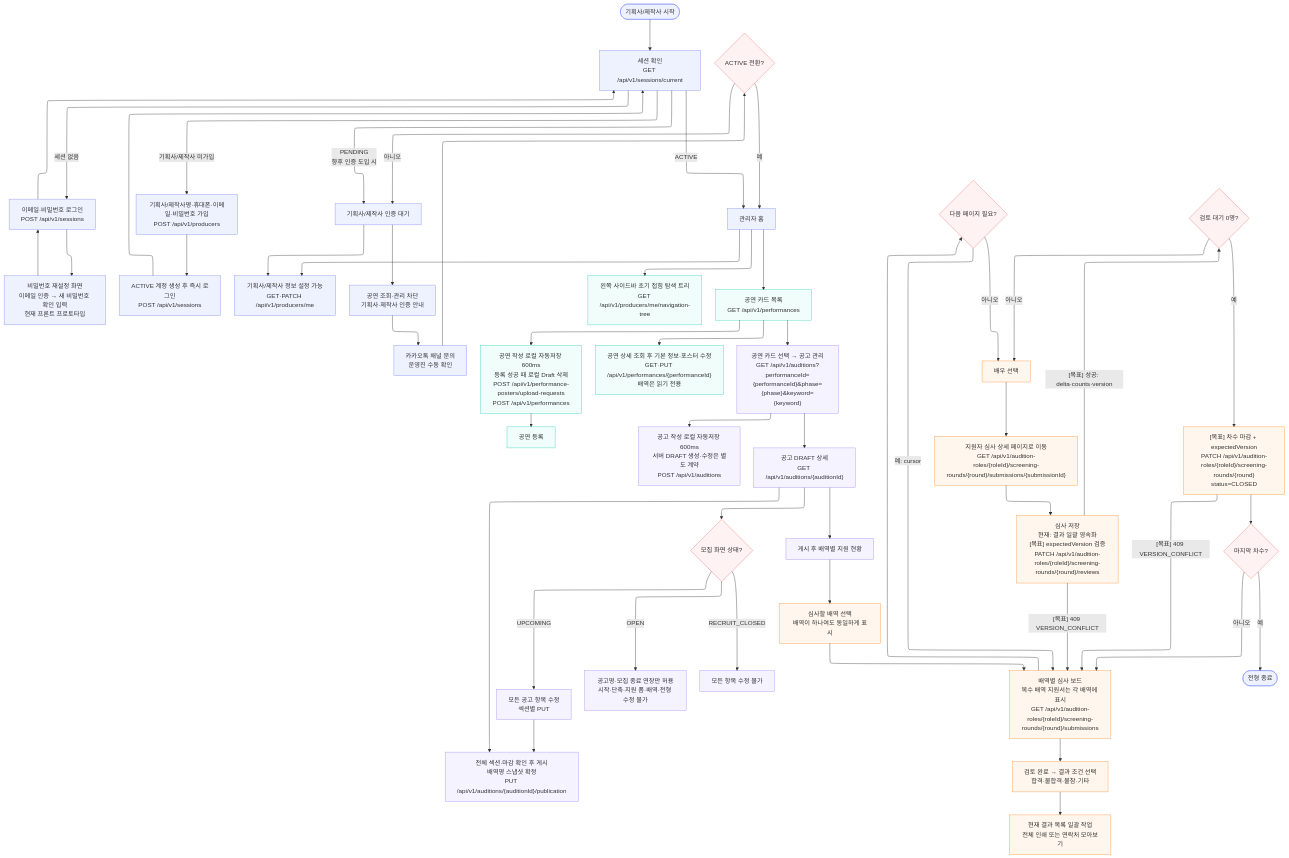
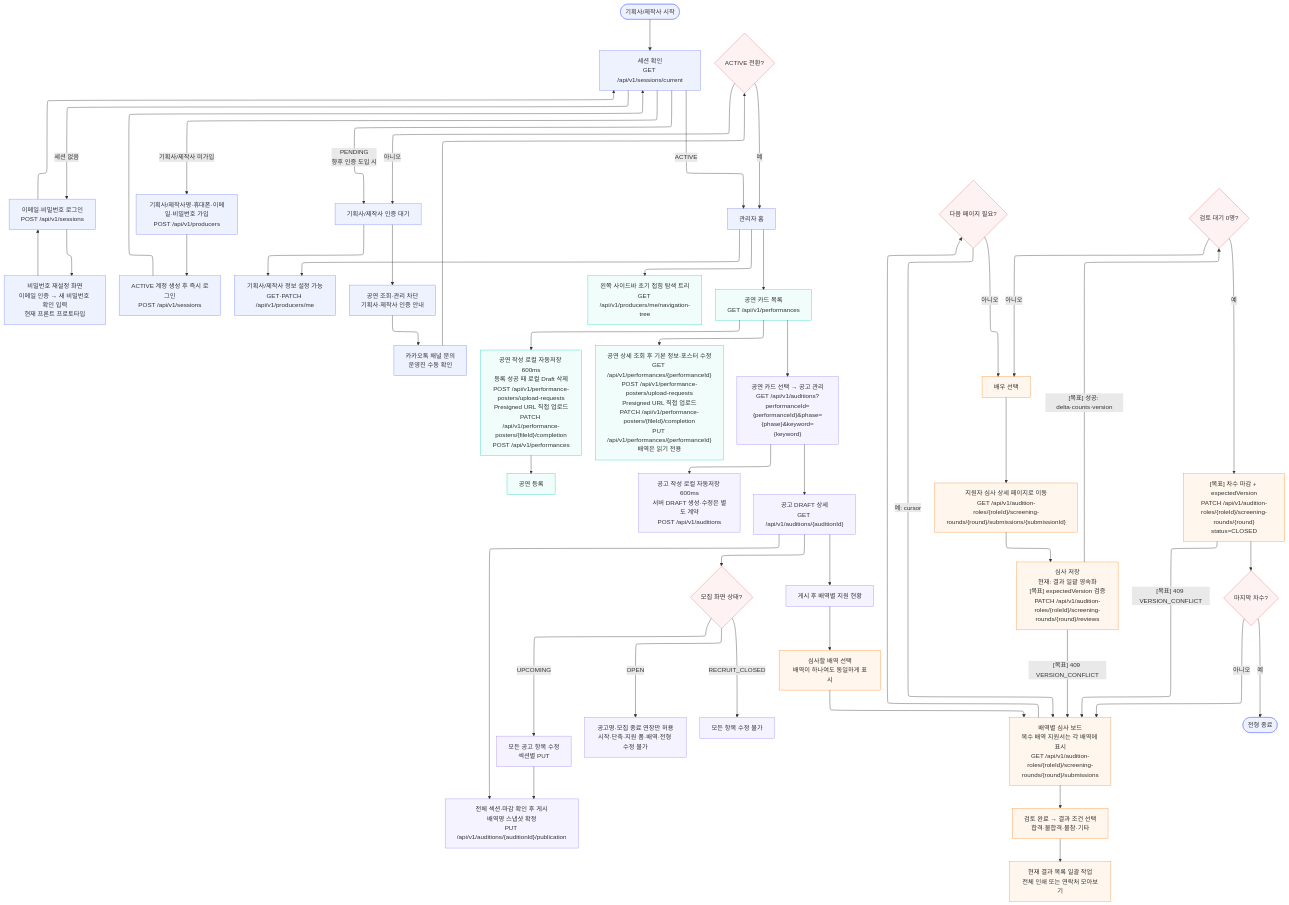
Before and after one commit to woowacourse-teams/2026-yesulin: the diagram in docs/development/flows/producer.mmd, drawn with Mermaid. The commit also changed 5 other files, not shown here.

```diff
--- a/docs/development/flows/producer.mmd
+++ b/docs/development/flows/producer.mmd
@@ -1,58 +1,58 @@
 ---
 config:
   layout: elk
 ---
 flowchart TB
     START(["기획사/제작사 시작"]) --> SESSION["세션 확인<br>GET /api/v1/sessions/current"]
     SESSION -- 세션 없음 --> LOGIN["이메일·비밀번호 로그인<br>POST /api/v1/sessions"]
     LOGIN --> PASSWORD_RESET["비밀번호 재설정 화면<br>이메일 인증 → 새 비밀번호 확인 입력<br>현재 프론트 프로토타입"]
     PASSWORD_RESET --> LOGIN
     LOGIN --> SESSION
     SESSION -- 기획사/제작사 미가입 --> SIGNUP["기획사/제작사명·휴대폰·이메일·비밀번호 가입<br>POST /api/v1/producers"]
     SIGNUP --> AUTO_LOGIN["ACTIVE 계정 생성 후 즉시 로그인<br>POST /api/v1/sessions"]
     AUTO_LOGIN --> SESSION
     SESSION -- PENDING<br>향후 인증 도입 시 --> PENDING["기획사/제작사 인증 대기"]
     PENDING --> PROFILE["기획사/제작사 정보 설정 가능<br>GET·PATCH /api/v1/producers/me"]
     PENDING --> BLOCKED["공연 조회·관리 차단<br>기획사·제작사 인증 안내"]
     BLOCKED --> CONTACT["카카오톡 채널 문의<br>운영진 수동 확인"]
     CONTACT --> ACTIVE{"ACTIVE 전환?"}
     ACTIVE -- 아니오 --> PENDING
     ACTIVE -- 예 --> HOME["관리자 홈"]
     SESSION -- ACTIVE --> HOME
     HOME --> NAV["왼쪽 사이드바 초기 접힘 탐색 트리<br>GET /api/v1/producers/me/navigation-tree"] & PROFILE & PERF["공연 카드 목록<br>GET /api/v1/performances"]
-    PERF --> NEW_PERF["공연 작성 로컬 자동저장 600ms<br>등록 성공 때 로컬 Draft 삭제<br>POST /api/v1/performance-posters/upload-requests<br>POST /api/v1/performances"] & EDIT_PERF["공연 상세 조회 후 기본 정보·포스터 수정<br>GET·PUT /api/v1/performances/{performanceId}<br>배역은 읽기 전용"] & POSTINGS["공연 카드 선택 → 공고 관리<br>GET /api/v1/auditions?performanceId={performanceId}&phase={phase}&keyword={keyword}"]
+    PERF --> NEW_PERF["공연 작성 로컬 자동저장 600ms<br>등록 성공 때 로컬 Draft 삭제<br>POST /api/v1/performance-posters/upload-requests<br>Presigned URL 직접 업로드<br>PATCH /api/v1/performance-posters/{fileId}/completion<br>POST /api/v1/performances"] & EDIT_PERF["공연 상세 조회 후 기본 정보·포스터 수정<br>GET /api/v1/performances/{performanceId}<br>POST /api/v1/performance-posters/upload-requests<br>Presigned URL 직접 업로드<br>PATCH /api/v1/performance-posters/{fileId}/completion<br>PUT /api/v1/performances/{performanceId}<br>배역은 읽기 전용"] & POSTINGS["공연 카드 선택 → 공고 관리<br>GET /api/v1/auditions?performanceId={performanceId}&phase={phase}&keyword={keyword}"]
     NEW_PERF --> CREATE_PERF["공연 등록"]
     POSTINGS --> CREATE_POSTING["공고 작성 로컬 자동저장 600ms<br>서버 DRAFT 생성·수정은 별도 계약<br>POST /api/v1/auditions"] & POSTING_DETAIL["공고 DRAFT 상세<br>GET /api/v1/auditions/{auditionId}"]
     POSTING_DETAIL --> EDIT_POLICY{"모집 화면 상태?"} & PUBLISH["전체 섹션·마감 확인 후 게시<br>배역명 스냅샷 확정<br>PUT /api/v1/auditions/{auditionId}/publication"] & ROLES["게시 후 배역별 지원 현황"]
     EDIT_POLICY -- UPCOMING --> EDIT_POSTING["모든 공고 항목 수정<br>섹션별 PUT"]
     EDIT_POLICY -- OPEN --> EDIT_OPEN["공고명·모집 종료 연장만 허용<br>시작·단축·지원 폼·배역·전형 수정 불가"]
     EDIT_POLICY -- RECRUIT_CLOSED --> EDIT_BLOCKED["모든 항목 수정 불가"]
     EDIT_POSTING --> PUBLISH
     ROLES --> CHOOSE_ROLE["심사할 배역 선택<br>배역이 하나여도 동일하게 표시"]
     CHOOSE_ROLE --> BOARD["배역별 심사 보드<br>복수 배역 지원서는 각 배역에 표시<br>GET /api/v1/audition-roles/{roleId}/screening-rounds/{round}/submissions"]
     BOARD --> RESULT_FILTER["검토 완료 → 결과 조건 선택<br>합격·불합격·불참·기타"]
     RESULT_FILTER --> GROUP_ACTION["현재 결과 목록 일괄 작업<br>전체 인쇄 또는 연락처 모아보기"]
     BOARD --> MORE{"다음 페이지 필요?"}
     MORE -- 예: cursor --> BOARD
     MORE -- 아니오 --> SELECT["배우 선택"]
     SELECT --> APP_DETAIL["지원자 심사 상세 페이지로 이동<br>GET /api/v1/audition-roles/{roleId}/screening-rounds/{round}/submissions/{submissionId}"]
     APP_DETAIL --> REVIEW["심사 저장<br>현재: 결과 일괄 영속화<br>[목표] expectedVersion 검증<br>PATCH /api/v1/audition-roles/{roleId}/screening-rounds/{round}/reviews"]
     REVIEW -- "[목표] 409 VERSION_CONFLICT" --> BOARD
     REVIEW -- "[목표] 성공: delta·counts·version" --> DONE{"검토 대기 0명?"}
     DONE -- 아니오 --> SELECT
     DONE -- 예 --> CLOSE["[목표] 차수 마감 + expectedVersion<br>PATCH /api/v1/audition-roles/{roleId}/screening-rounds/{round}<br>status=CLOSED"]
     CLOSE -- "[목표] 409 VERSION_CONFLICT" --> BOARD
     CLOSE --> LAST{"마지막 차수?"}
     LAST -- 아니오 --> BOARD
     LAST -- 예 --> FINISH(["전형 종료"])
 
     classDef authNode stroke:#818cf8,fill:#eef2ff
     classDef perfNode stroke:#2dd4bf,fill:#f0fdfa
     classDef postingNode stroke:#a78bfa,fill:#f5f3ff
     classDef screeningNode stroke:#fb923c,fill:#fff7ed
     classDef decisionNode stroke:#f87171,fill:#fef2f2
     class START,SESSION,LOGIN,PASSWORD_RESET,SIGNUP,AUTO_LOGIN,PENDING,PROFILE,BLOCKED,CONTACT,HOME,FINISH authNode
     class ACTIVE,MORE,DONE,LAST,EDIT_POLICY decisionNode
     class NAV,PERF,NEW_PERF,EDIT_PERF,CREATE_PERF perfNode
     class POSTINGS,CREATE_POSTING,POSTING_DETAIL,EDIT_POSTING,EDIT_OPEN,EDIT_BLOCKED,PUBLISH,ROLES postingNode
     class BOARD,CHOOSE_ROLE,RESULT_FILTER,GROUP_ACTION,SELECT,APP_DETAIL,REVIEW,CLOSE screeningNode
```
